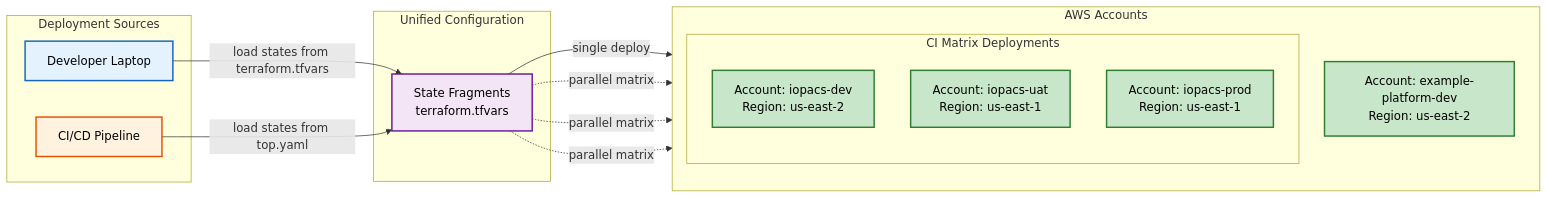
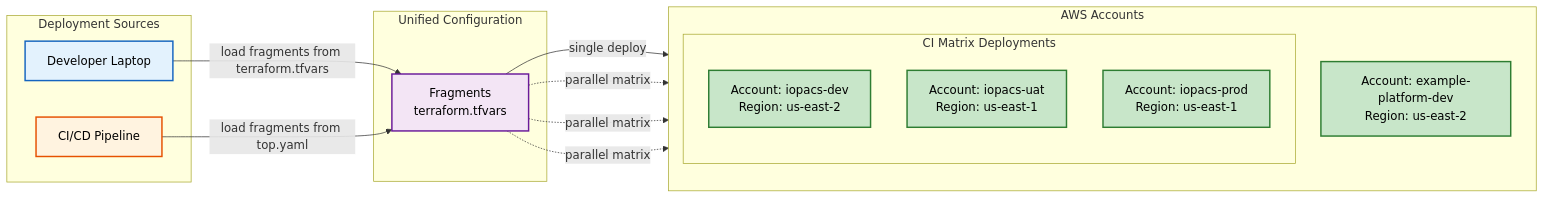
One commit to 0-5788719150923125/platformer changed the diagram in present/08-developer-experience.md. Above: the diagram before and after it, drawn with Mermaid. The commit also changed other lines of this file and 125 other files, not shown here.

Commit message:
rename states to fragments, to prevent conflict with terraform states

````diff
--- a/present/08-developer-experience.md
+++ b/present/08-developer-experience.md
@@ -5,40 +5,40 @@
 ```mermaid
 flowchart LR
     subgraph Entrypoints["Deployment Sources"]
         Dev[Developer Laptop]
         CI[CI/CD Pipeline]
     end
 
     subgraph Config["Unified Configuration"]
-        States["State Fragments<br/>terraform.tfvars"]
+        Fragments["Fragments<br/>terraform.tfvars"]
     end
 
     subgraph Targets["AWS Accounts"]
         direction TB
         DevAccount[Account: example-platform-dev<br/>Region: us-east-2]
 
         subgraph Matrix["CI Matrix Deployments"]
             Acc1[Account: iopacs-dev<br/>Region: us-east-2]
             Acc2[Account: iopacs-uat<br/>Region: us-east-1]
             Acc3[Account: iopacs-prod<br/>Region: us-east-1]
         end
     end
 
-    Dev -->|"load states from terraform.tfvars"| States
-    CI -->|"load states from top.yaml"| States
+    Dev -->|"load fragments from terraform.tfvars"| Fragments
+    CI -->|"load fragments from top.yaml"| Fragments
 
-    States -->|"single deploy"| DevAccount
-    States -.->|"parallel matrix"| Acc1
-    States -.->|"parallel matrix"| Acc2
-    States -.->|"parallel matrix"| Acc3
+    Fragments -->|"single deploy"| DevAccount
+    Fragments -.->|"parallel matrix"| Acc1
+    Fragments -.->|"parallel matrix"| Acc2
+    Fragments -.->|"parallel matrix"| Acc3
 
     classDef devStyle fill:#e3f2fd,stroke:#1565c0,stroke-width:2px,color:#000
     classDef ciStyle fill:#fff3e0,stroke:#e65100,stroke-width:2px,color:#000
     classDef configStyle fill:#f3e5f5,stroke:#6a1b9a,stroke-width:2px,color:#000
     classDef accountStyle fill:#c8e6c9,stroke:#2e7d32,stroke-width:2px,color:#000
 
     class Dev devStyle
     class CI ciStyle
-    class States configStyle
+    class Fragments configStyle
     class DevAccount,Acc1,Acc2,Acc3 accountStyle
 ```
````
